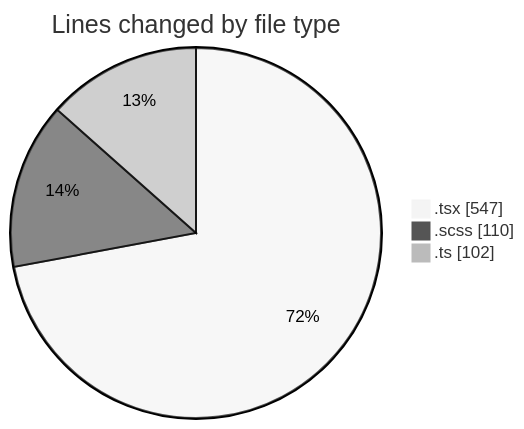
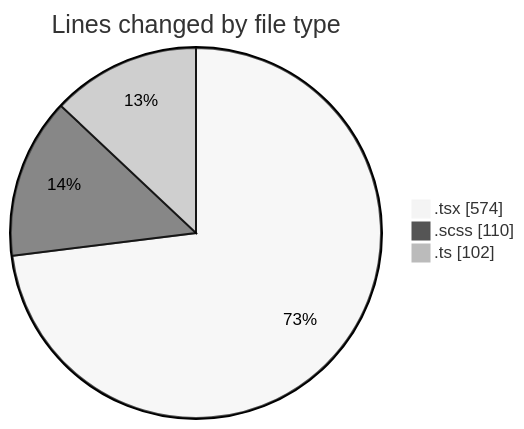
Before and after one commit to momahboobian/code-tracking: the first of 2 diagrams in 2026-11-06/cda/README.md, drawn with Mermaid (neutral theme). The commit also changed other lines of this file and 1 other file, not shown here.

````diff
--- a/2026-11-06/cda/README.md
+++ b/2026-11-06/cda/README.md
@@ -28,7 +29,7 @@
 ```mermaid
 pie showData
 title Lines changed by file type
-".tsx" : 547
+".tsx" : 574
 ".scss" : 110
 ".ts" : 102
 ```
````
